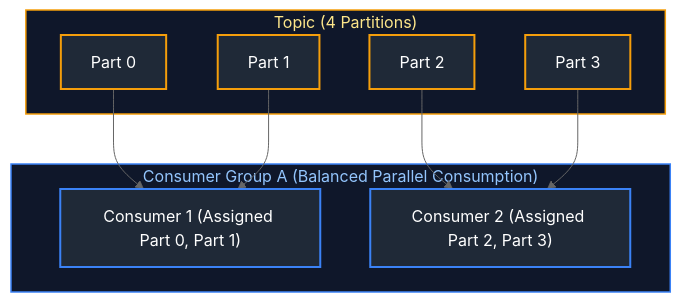
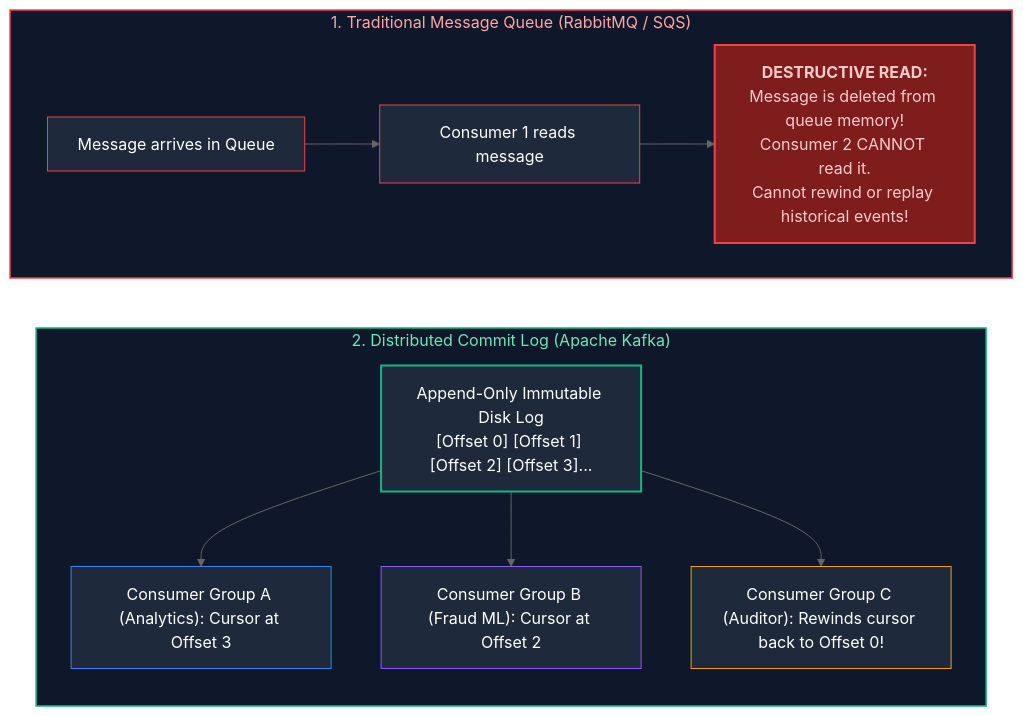
Before and after one commit to joydeep-biswas/Interview-Preparation: the third of 14 diagrams in Data Engineering/11_streaming_and_kafka_event_streaming.md, drawn with Mermaid (neutral theme). The commit also changed other lines of this file and 143 other files, not shown here.

````diff
--- a/Data Engineering/11_streaming_and_kafka_event_streaming.md
+++ b/Data Engineering/11_streaming_and_kafka_event_streaming.md
@@ -191,27 +168,32 @@
 ```mermaid
-flowchart TD
-    subgraph TopicP ["Topic (4 Partitions)"]
-        P0["Part 0"]
-        P1["Part 1"]
-        P2["Part 2"]
-        P3["Part 3"]
+flowchart LR
+
+    subgraph KafkaLogArch ["2. Distributed Commit Log (Apache Kafka)"]
+        direction TB
+        K_Log["Append-Only Immutable Disk Log<br/>[Offset 0] [Offset 1] [Offset 2] [Offset 3]..."]
+        K_C1["Consumer Group A (Analytics): Cursor at Offset 3"]
+        K_C2["Consumer Group B (Fraud ML): Cursor at Offset 2"]
+        K_C3["Consumer Group C (Auditor): Rewinds cursor back to Offset 0!"]
+        K_Log --> K_C1
+        K_Log --> K_C2
+        K_Log --> K_C3
     end
 
-    subgraph ConsumerGroupA ["Consumer Group A (Balanced Parallel Consumption)"]
-        C1["Consumer 1 (Assigned Part 0, Part 1)"]
-        C2["Consumer 2 (Assigned Part 2, Part 3)"]
+    subgraph TraditionalQueue ["1. Traditional Message Queue (RabbitMQ / SQS)"]
+        direction LR
+        Q_Msg["Message arrives in Queue"]
+        Q_C1["Consumer 1 reads message"]
+        Q_Del["<b>DESTRUCTIVE READ:</b><br/>Message is deleted from queue memory!<br/>Consumer 2 CANNOT read it.<br/>Cannot rewind or replay historical events!"]
+        Q_Msg --> Q_C1 --> Q_Del
     end
 
-    P0 & P1 --> C1
-    P2 & P3 --> C2
-
-    style TopicP fill:#0f172a,stroke:#f59e0b,stroke-width:1.5px,color:#fde68a
-    style ConsumerGroupA fill:#0f172a,stroke:#3b82f6,stroke-width:1.5px,color:#93c5fd
-
-    style P0 fill:#1f2937,stroke:#f59e0b,stroke-width:2px,color:#fff
-    style P1 fill:#1f2937,stroke:#f59e0b,stroke-width:2px,color:#fff
-    style P2 fill:#1f2937,stroke:#f59e0b,stroke-width:2px,color:#fff
-    style P3 fill:#1f2937,stroke:#f59e0b,stroke-width:2px,color:#fff
-    style C1 fill:#1f2937,stroke:#3b82f6,stroke-width:2px,color:#fff
-    style C2 fill:#1f2937,stroke:#3b82f6,stroke-width:2px,color:#fff
+    style TraditionalQueue fill:#0f172a,stroke:#ef4444,stroke-width:1.5px,color:#fca5a5
+    style KafkaLogArch fill:#0f172a,stroke:#10b981,stroke-width:1.5px,color:#6ee7b7
+    style Q_Msg fill:#1e293b,stroke:#ef4444,stroke-width:1px,color:#fff
+    style Q_C1 fill:#1e293b,stroke:#ef4444,stroke-width:1px,color:#fff
+    style Q_Del fill:#7f1d1d,stroke:#ef4444,stroke-width:2px,color:#fecaca
+    style K_Log fill:#1e293b,stroke:#10b981,stroke-width:2px,color:#fff
+    style K_C1 fill:#1e293b,stroke:#3b82f6,stroke-width:1px,color:#fff
+    style K_C2 fill:#1e293b,stroke:#8b5cf6,stroke-width:1px,color:#fff
+    style K_C3 fill:#1e293b,stroke:#f59e0b,stroke-width:1px,color:#fff
 ```
````
